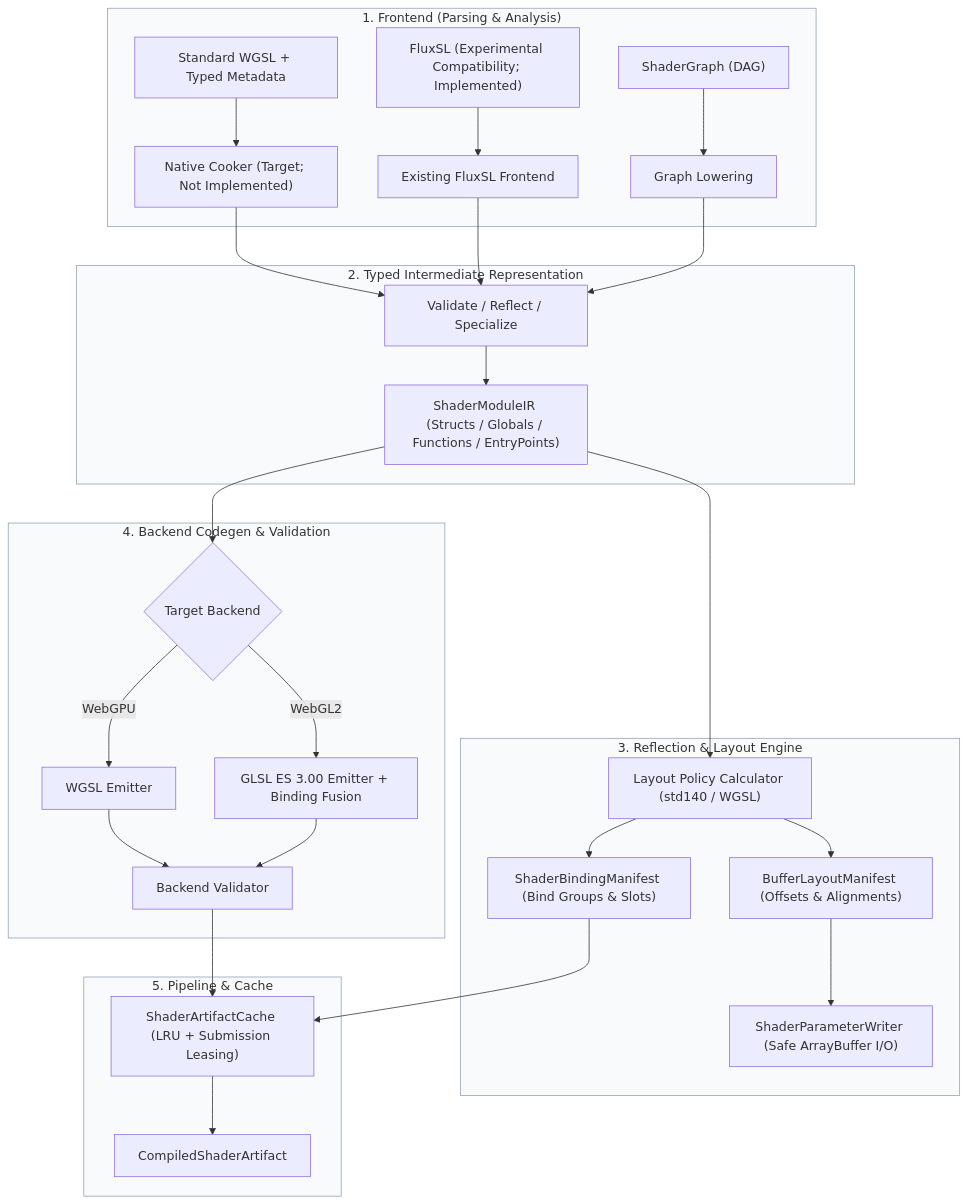
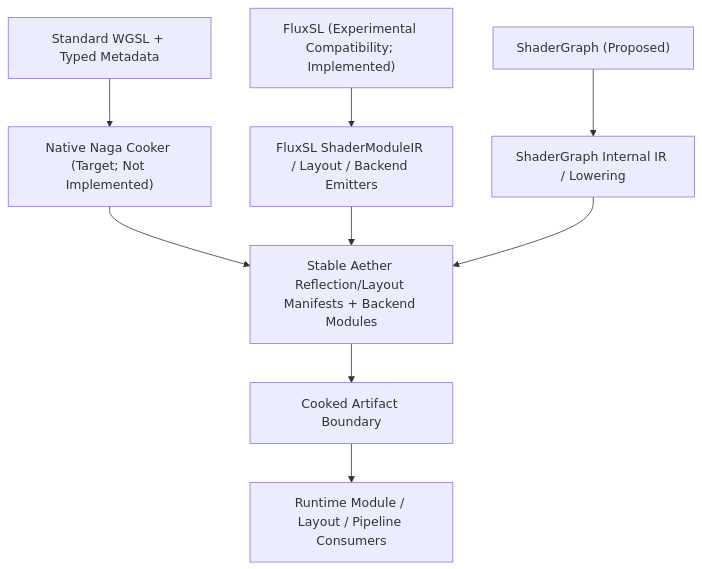
One commit to GeoLibra/AetherEngine changed the diagram in src/shader/README.md. Above: the diagram before and after it, drawn with Mermaid. The commit also changed other lines of this file, not shown here.

Commit message:
docs(shader): address WGSL contract final review

````diff
--- a/src/shader/README.md
+++ b/src/shader/README.md
@@ -40,39 +40,13 @@
 ```mermaid
 flowchart TD
-    subgraph Frontend ["1. Frontend (Parsing & Analysis)"]
-        Src["Standard WGSL + Typed Metadata"] --> NativeCook["Native Cooker (Target; Not Implemented)"]
-        Flux["FluxSL (Experimental Compatibility; Implemented)"] --> Existing["Existing FluxSL Frontend"]
-        Graph["ShaderGraph (DAG)"] --> GraphLower["Graph Lowering"]
-    end
+    WGSL["Standard WGSL + Typed Metadata"] --> Naga["Native Naga Cooker (Target; Not Implemented)"]
+    Naga --> Stable["Stable Aether Reflection/Layout Manifests + Backend Modules"]
 
-    subgraph IR_Stage ["2. Typed Intermediate Representation"]
-        NativeCook --> TC["Validate / Reflect / Specialize"]
-        Existing --> TC
-        GraphLower --> TC
-        TC --> IR["ShaderModuleIR (Structs / Globals / Functions / EntryPoints)"]
-    end
+    Flux["FluxSL (Experimental Compatibility; Implemented)"] --> FluxIR["FluxSL ShaderModuleIR / Layout / Backend Emitters"]
+    Graph["ShaderGraph (Proposed)"] --> GraphIR["ShaderGraph Internal IR / Lowering"]
+    FluxIR --> Stable
+    GraphIR --> Stable
 
-    subgraph Layout_Stage ["3. Reflection & Layout Engine"]
-        IR --> LayoutEng["Layout Policy Calculator (std140 / WGSL)"]
-        LayoutEng --> BindingMan["ShaderBindingManifest (Bind Groups & Slots)"]
-        LayoutEng --> BufferMan["BufferLayoutManifest (Offsets & Alignments)"]
-        BufferMan --> Writer["ShaderParameterWriter (Safe ArrayBuffer I/O)"]
-    end
-
-    subgraph Backend_Stage ["4. Backend Codegen & Validation"]
-        IR --> EmitterSelect{"Target Backend"}
-        EmitterSelect -->|WebGPU| WGSLEmit["WGSL Emitter"]
-        EmitterSelect -->|WebGL2| GLSLEmit["GLSL ES 3.00 Emitter + Binding Fusion"]
-        WGSLEmit --> Val["Backend Validator"]
-        GLSLEmit --> Val
-    end
-
-    subgraph Pipeline_Stage ["5. Pipeline & Cache"]
-        Val --> Cache["ShaderArtifactCache (LRU + Submission Leasing)"]
-        BindingMan --> Cache
-        Cache --> Artifact["CompiledShaderArtifact"]
-    end
-
-    classDef stage fill:#f8fafc,stroke:#94a3b8,stroke-width:1px;
-    class Frontend,IR_Stage,Layout_Stage,Backend_Stage,Pipeline_Stage stage;
+    Stable --> Artifact["Cooked Artifact Boundary"]
+    Artifact --> Runtime["Runtime Module / Layout / Pipeline Consumers"]
 ```
````
